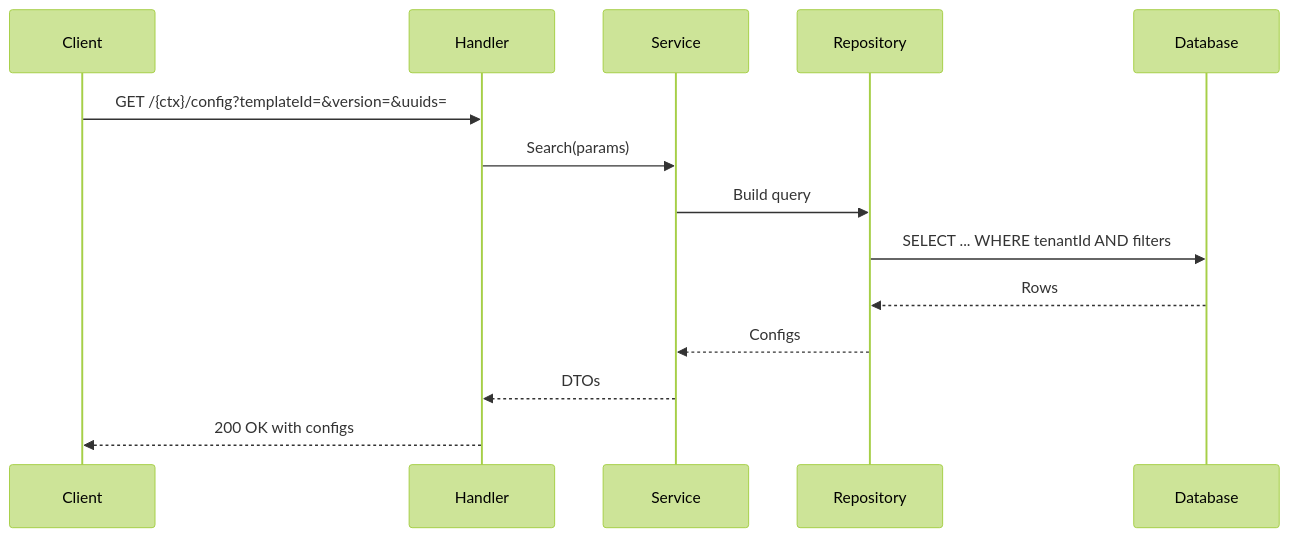
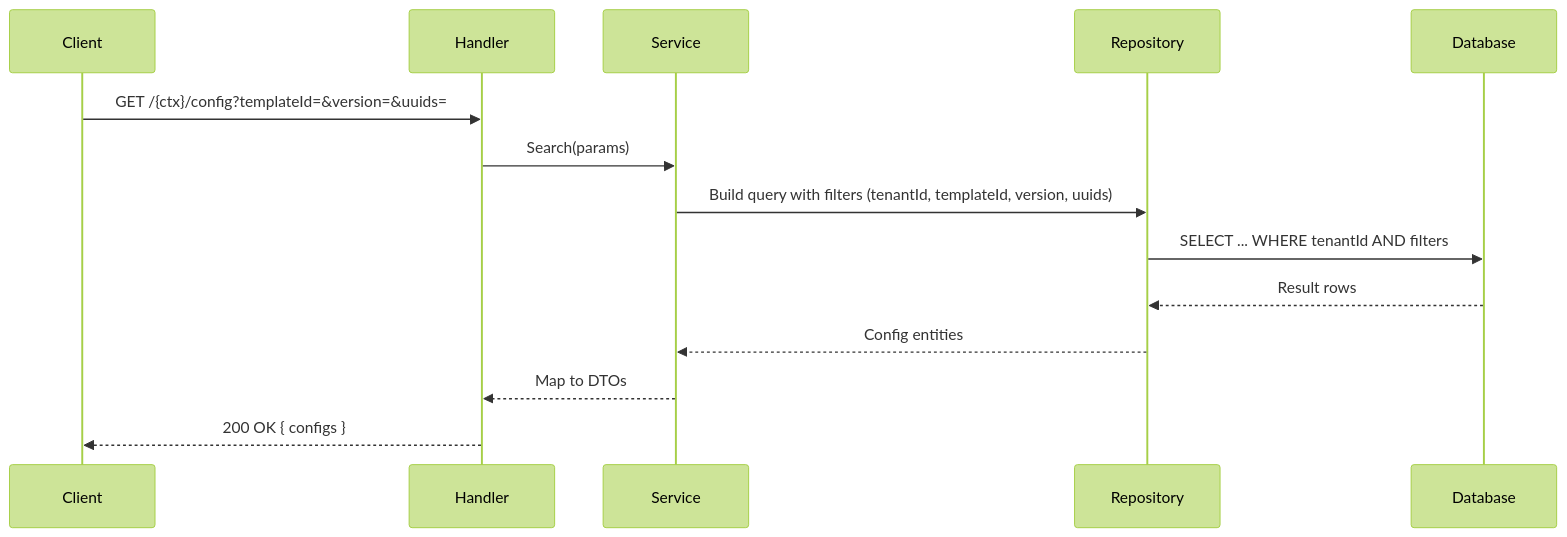
The fourth of 6 diagrams in code/services/template-config/README.md (anishEgov/digit3), drawn with Mermaid (forest theme) before and after one commit. The commit also changed other lines of this file, not shown here.

Commit message:
Modified template-config README.md

````diff
--- a/code/services/template-config/README.md
+++ b/code/services/template-config/README.md
@@ -309,17 +325,18 @@
 ```mermaid
 sequenceDiagram
     participant Client
     participant Handler
     participant Service
     participant Repository
     participant Database
 
     Client->>Handler: GET /{ctx}/config?templateId=&version=&uuids=
     Handler->>Service: Search(params)
-    Service->>Repository: Build query
+
+    Service->>Repository: Build query with filters (tenantId, templateId, version, uuids)
     Repository->>Database: SELECT ... WHERE tenantId AND filters
-    Database-->>Repository: Rows
-    Repository-->>Service: Configs
-    Service-->>Handler: DTOs
-    Handler-->>Client: 200 OK with configs
+    Database-->>Repository: Result rows
+    Repository-->>Service: Config entities
+    Service-->>Handler: Map to DTOs
+    Handler-->>Client: 200 OK { configs }
 ```
````
